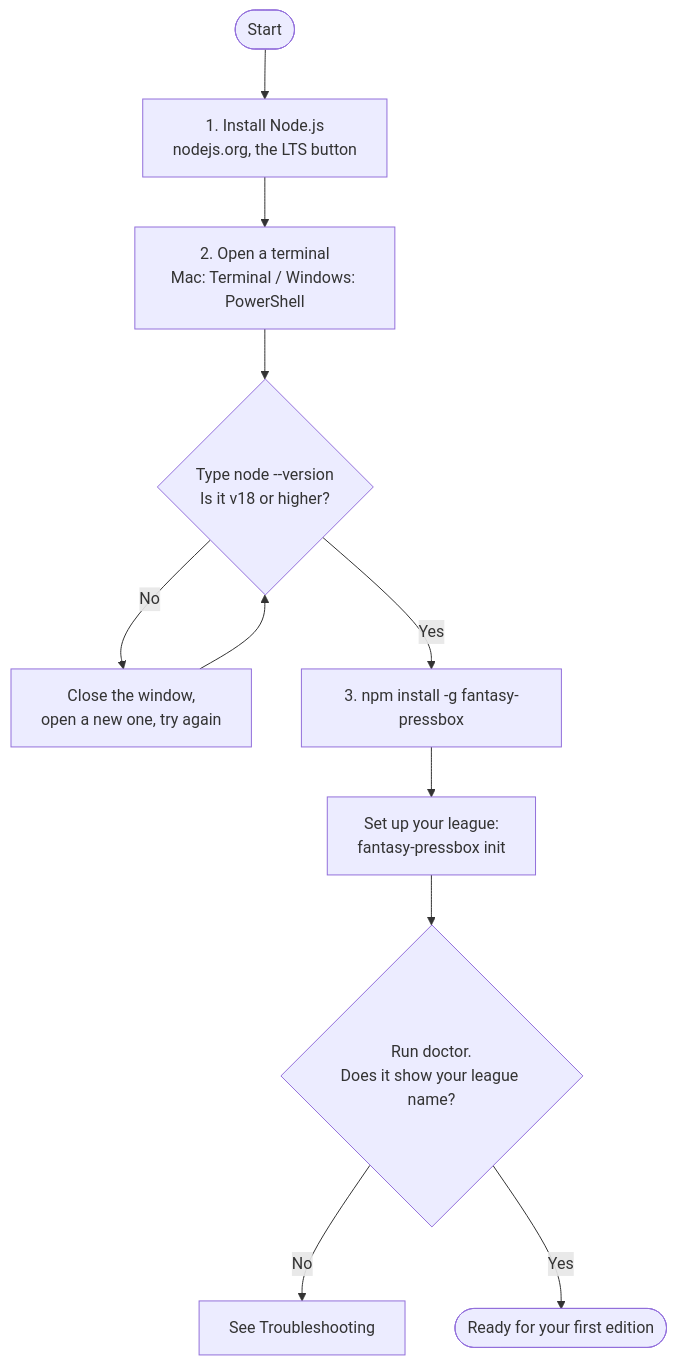
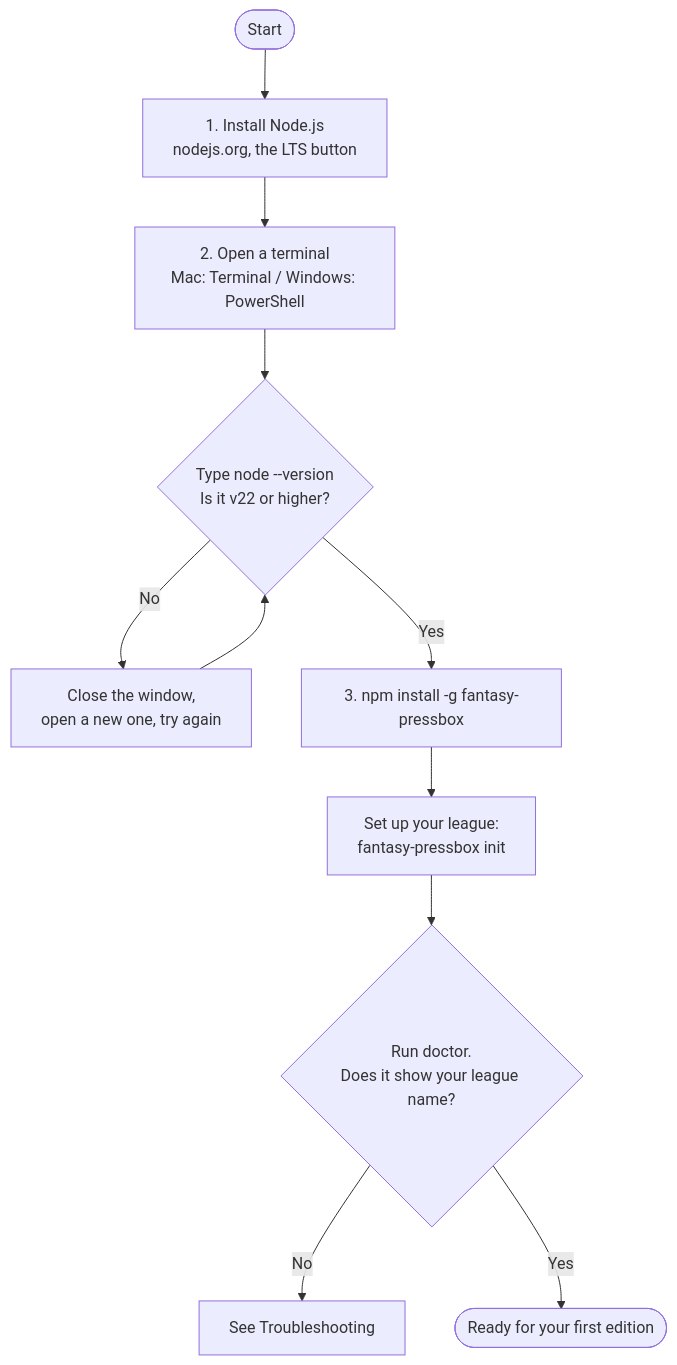
Before and after one commit to ryrykeith/fantasy-pressbox: the second of 3 diagrams in README.md, drawn with Mermaid. The commit also changed other lines of this file and 3 other files, not shown here.

````diff
--- a/README.md
+++ b/README.md
@@ -181,13 +181,13 @@
 ```mermaid
 flowchart TD
     S(["Start"]) --> A["1. Install Node.js<br/>nodejs.org, the LTS button"]
     A --> B["2. Open a terminal<br/>Mac: Terminal / Windows: PowerShell"]
-    B --> C{"Type node --version<br/>Is it v18 or higher?"}
+    B --> C{"Type node --version<br/>Is it v22 or higher?"}
     C -->|"No"| A2["Close the window,<br/>open a new one, try again"]
     A2 --> C
     C -->|"Yes"| D["3. npm install -g fantasy-pressbox"]
     D --> E["Set up your league:<br/>fantasy-pressbox init"]
     E --> F{"Run doctor.<br/>Does it show your league name?"}
     F -->|"No"| G["See Troubleshooting"]
     F -->|"Yes"| H(["Ready for your first edition"])
 ```
````
